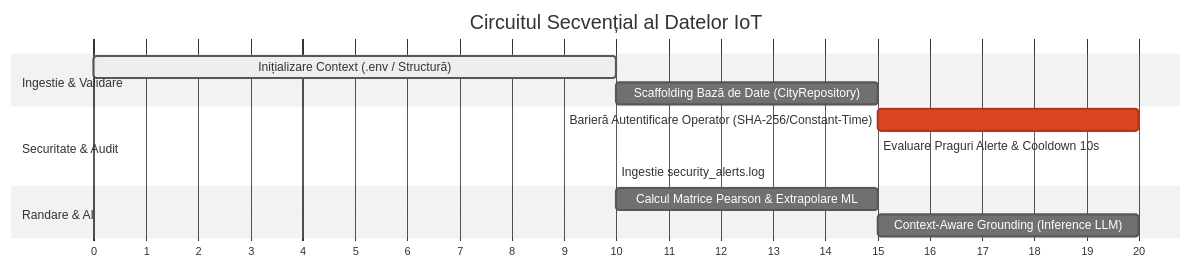
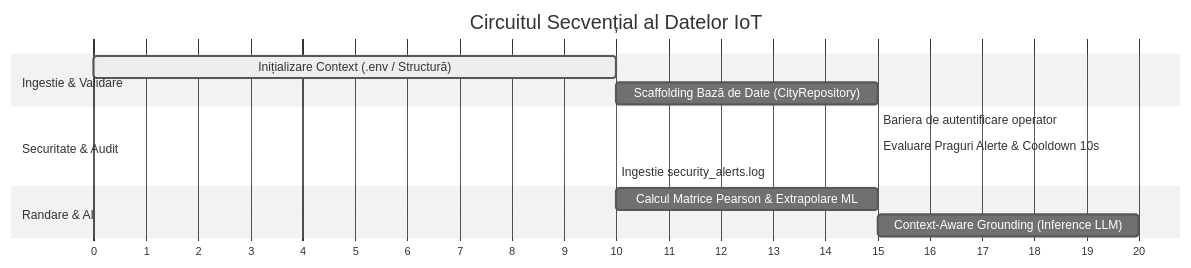
One commit to Codedchic25/smartcity-cluj-ai-platform changed the first of 2 diagrams in ARCHITECTURE.md. Above: the diagram before and after it, drawn with Mermaid (neutral theme). The commit also changed other lines of this file and 30 other files, not shown here.

````diff
--- a/ARCHITECTURE.md
+++ b/ARCHITECTURE.md
@@ -11,19 +11,19 @@
 ```mermaid
 gantt
     title Circuitul Secvențial al Datelor IoT
     dateFormat  X
     axisFormat %s
 
     section Ingestie & Validare
     Inițializare Context (.env / Structură) :active, p1, 0, 10
     Scaffolding Bază de Date (CityRepository)  :p2, after p1, 15
 
     section Securitate & Audit
-    Barieră Autentificare Operator (SHA-256/Constant-Time) :crit, p3, after p2, 20
+   Bariera de autentificare operator: Argon2id pentru verificarea parolei si hmac.compare_digest pentru compararea username-ului.
     Evaluare Praguri Alerte & Cooldown 10s   :p4, after p3, 15
     Ingestie security_alerts.log            :p5, after p4, 10
 
     section Randare & AI
     Calcul Matrice Pearson & Extrapolare ML  :p6, after p5, 15
     Context-Aware Grounding (Inference LLM)  :p7, after p6, 20
 ```
````
